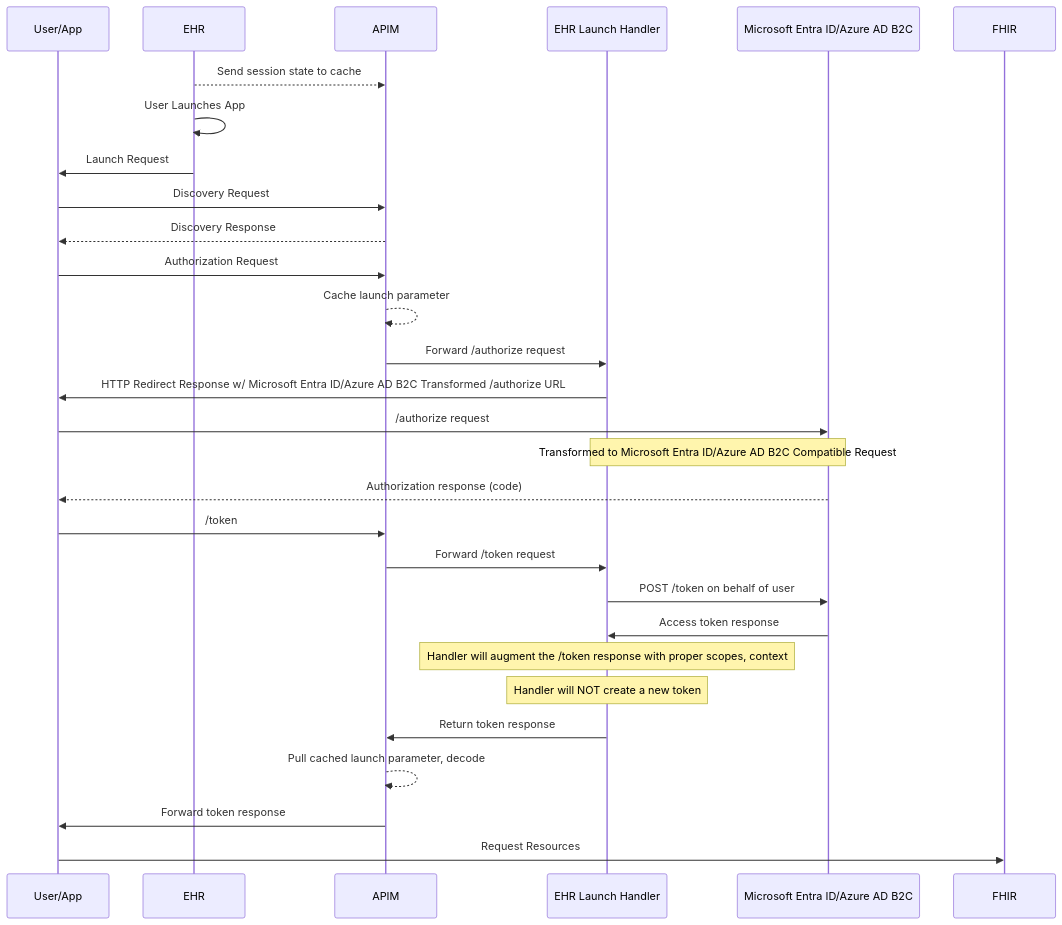
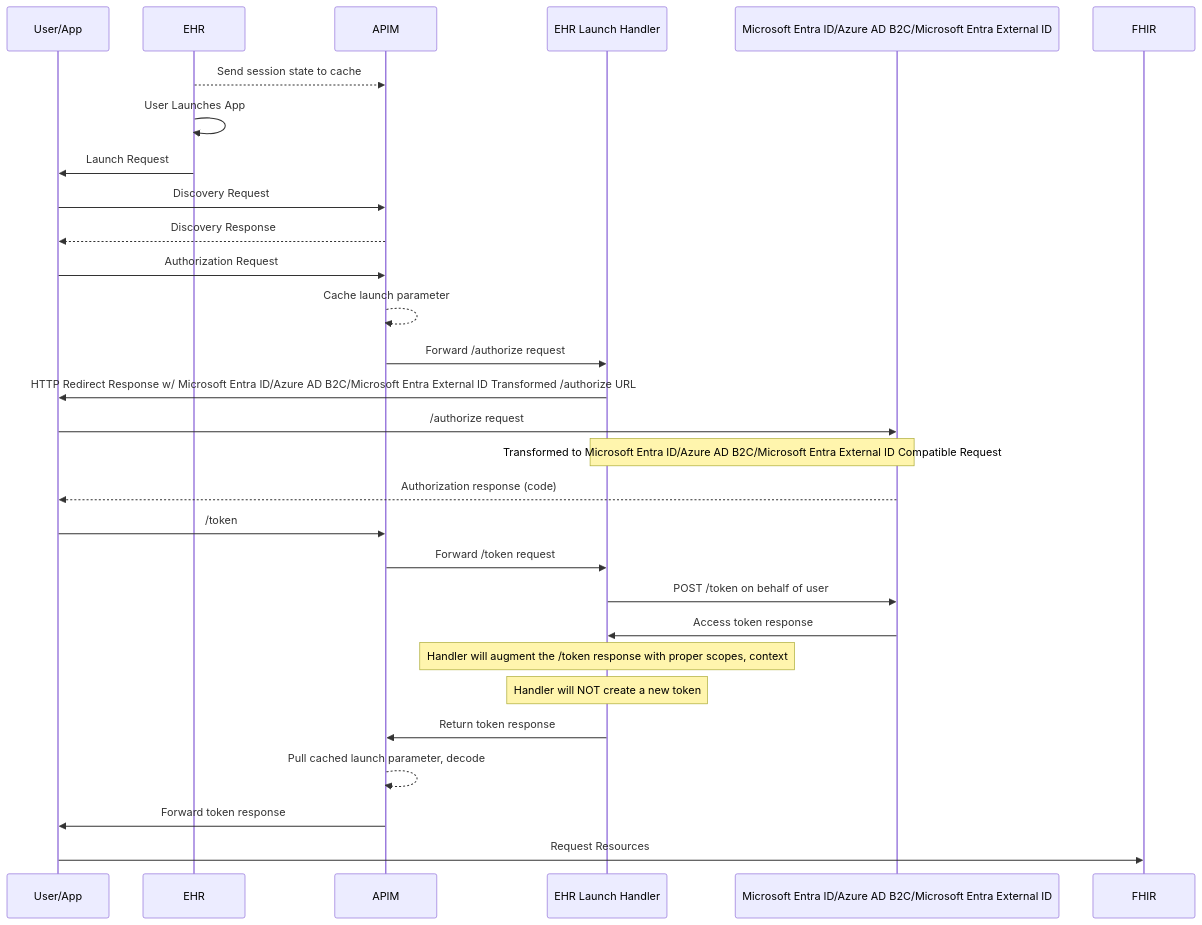
The second of 3 diagrams in samples/smartonfhir/docs/technical-guide.md (Azure-Samples/azure-health-data-and-ai-samples), drawn with Mermaid before and after one commit. The commit also changed other lines of this file and 22 other files, not shown here.

Commit message:
Documentation update for Entra External ID implementation

````diff
--- a/samples/smartonfhir/docs/technical-guide.md
+++ b/samples/smartonfhir/docs/technical-guide.md
@@ -60,32 +60,32 @@
 ```mermaid
   sequenceDiagram
     participant User/App
     participant EHR
     participant APIM
     participant EHR Launch Handler
-    participant Microsoft Entra ID/Azure AD B2C
+    participant Microsoft Entra ID/Azure AD B2C/Microsoft Entra External ID
 
     EHR -->> APIM: Send session state to cache
     EHR ->> EHR: User Launches App
     EHR ->> User/App: Launch Request
 
     User/App ->> APIM: Discovery Request
     APIM -->> User/App: Discovery Response
     User/App ->> APIM:  Authorization Request
     APIM -->> APIM: Cache launch parameter
     APIM ->> EHR Launch Handler: Forward /authorize request    
-    EHR Launch Handler ->> User/App: HTTP Redirect Response w/ Microsoft Entra ID/Azure AD B2C Transformed /authorize URL
-    User/App ->> Microsoft Entra ID/Azure AD B2C: /authorize request
-    note over EHR Launch Handler, Microsoft Entra ID/Azure AD B2C: Transformed to Microsoft Entra ID/Azure AD B2C Compatible Request
-    Microsoft Entra ID/Azure AD B2C -->> User/App: Authorization response (code)
+    EHR Launch Handler ->> User/App: HTTP Redirect Response w/ Microsoft Entra ID/Azure AD B2C/Microsoft Entra External ID Transformed /authorize URL
+    User/App ->> Microsoft Entra ID/Azure AD B2C/Microsoft Entra External ID: /authorize request
+    note over EHR Launch Handler, Microsoft Entra ID/Azure AD B2C/Microsoft Entra External ID: Transformed to Microsoft Entra ID/Azure AD B2C/Microsoft Entra External ID Compatible Request
+    Microsoft Entra ID/Azure AD B2C/Microsoft Entra External ID -->> User/App: Authorization response (code)
     User/App ->> APIM: /token
     APIM ->> EHR Launch Handler: Forward /token request
-    EHR Launch Handler ->> Microsoft Entra ID/Azure AD B2C: POST /token on behalf of user
-    Microsoft Entra ID/Azure AD B2C ->> EHR Launch Handler: Access token response
+    EHR Launch Handler ->> Microsoft Entra ID/Azure AD B2C/Microsoft Entra External ID: POST /token on behalf of user
+    Microsoft Entra ID/Azure AD B2C/Microsoft Entra External ID ->> EHR Launch Handler: Access token response
     note over EHR Launch Handler: Handler will augment the /token response with proper scopes, context
     note over EHR Launch Handler: Handler will NOT create a new token
     EHR Launch Handler ->> APIM: Return token response
     APIM -->> APIM: Pull cached launch parameter, decode
     APIM ->> User/App: Forward token response
     User/App ->> FHIR: Request Resources
 ```
````
